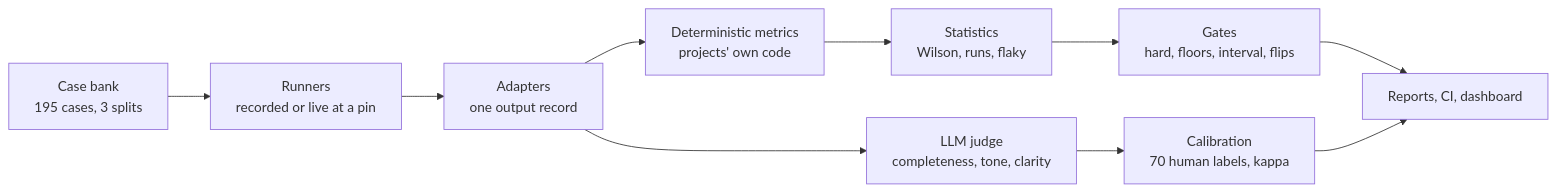
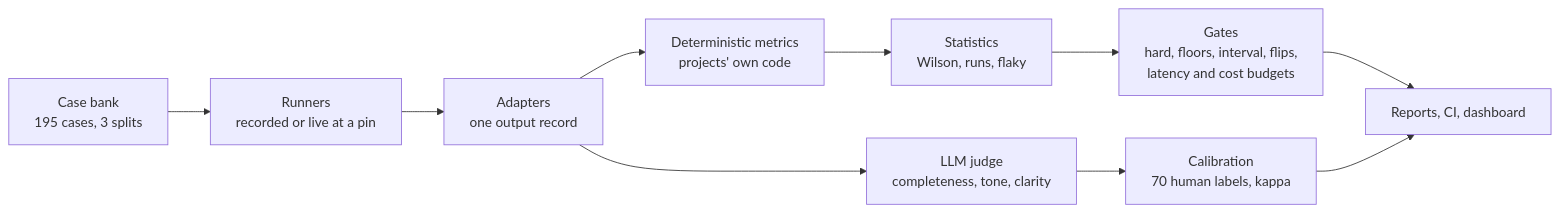
One commit to vamsialladev/eval-harness changed the first of 2 diagrams in README.md. Above: the diagram before and after it, drawn with Mermaid. The commit also changed other lines of this file and 5 other files, not shown here.

Commit message:
docs: AI-narrated demo video, README in the portfolio order, why I built it; diagrams show v1.2.0 budgets

````diff
--- a/README.md
+++ b/README.md
@@ -95,12 +88,12 @@
 ```mermaid
 flowchart LR
     C[Case bank<br/>195 cases, 3 splits] --> R[Runners<br/>recorded or live at a pin]
     R --> A[Adapters<br/>one output record]
     A --> M[Deterministic metrics<br/>projects' own code]
     A --> J[LLM judge<br/>completeness, tone, clarity]
     J --> K[Calibration<br/>70 human labels, kappa]
     M --> S[Statistics<br/>Wilson, runs, flaky]
-    S --> G[Gates<br/>hard, floors, interval, flips]
+    S --> G[Gates<br/>hard, floors, interval, flips,<br/>latency and cost budgets]
     G --> O[Reports, CI, dashboard]
     K --> O
 ```
````
